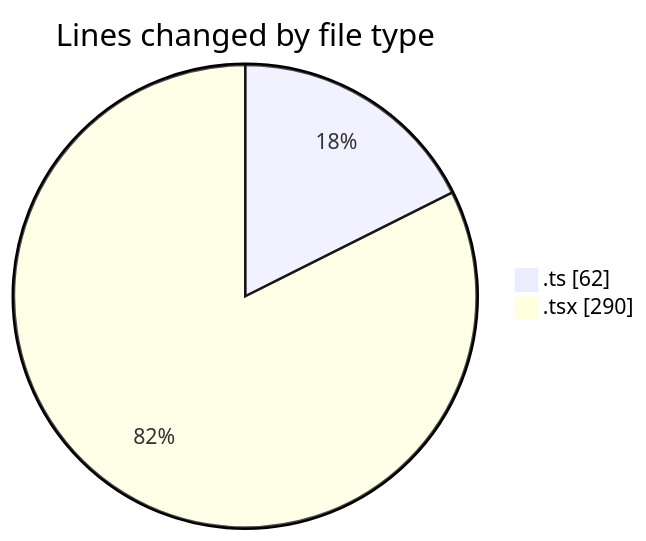
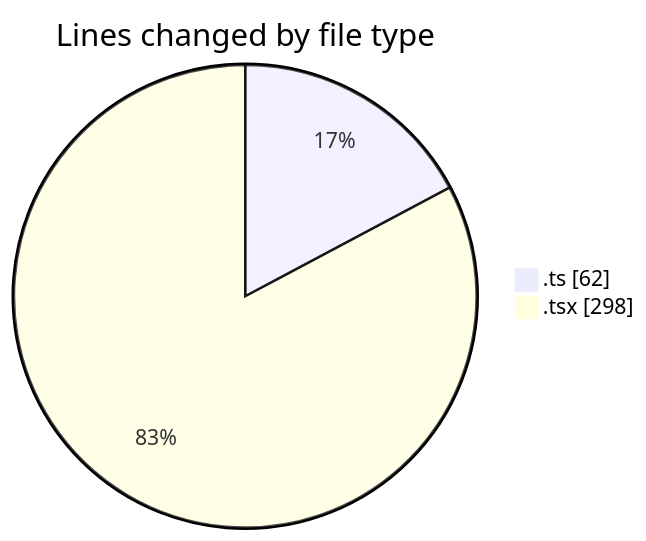
Before and after one commit to momahboobian/code-tracking: the first of 2 diagrams in 2025-08-13/cda/README.md, drawn with Mermaid. The commit also changed other lines of this file and 1 other file, not shown here.

````diff
--- a/2025-08-13/cda/README.md
+++ b/2025-08-13/cda/README.md
@@ -21,6 +21,6 @@
 ```mermaid
 pie showData
 title Lines changed by file type
 ".ts" : 62
-".tsx" : 290
+".tsx" : 298
 ```
````
